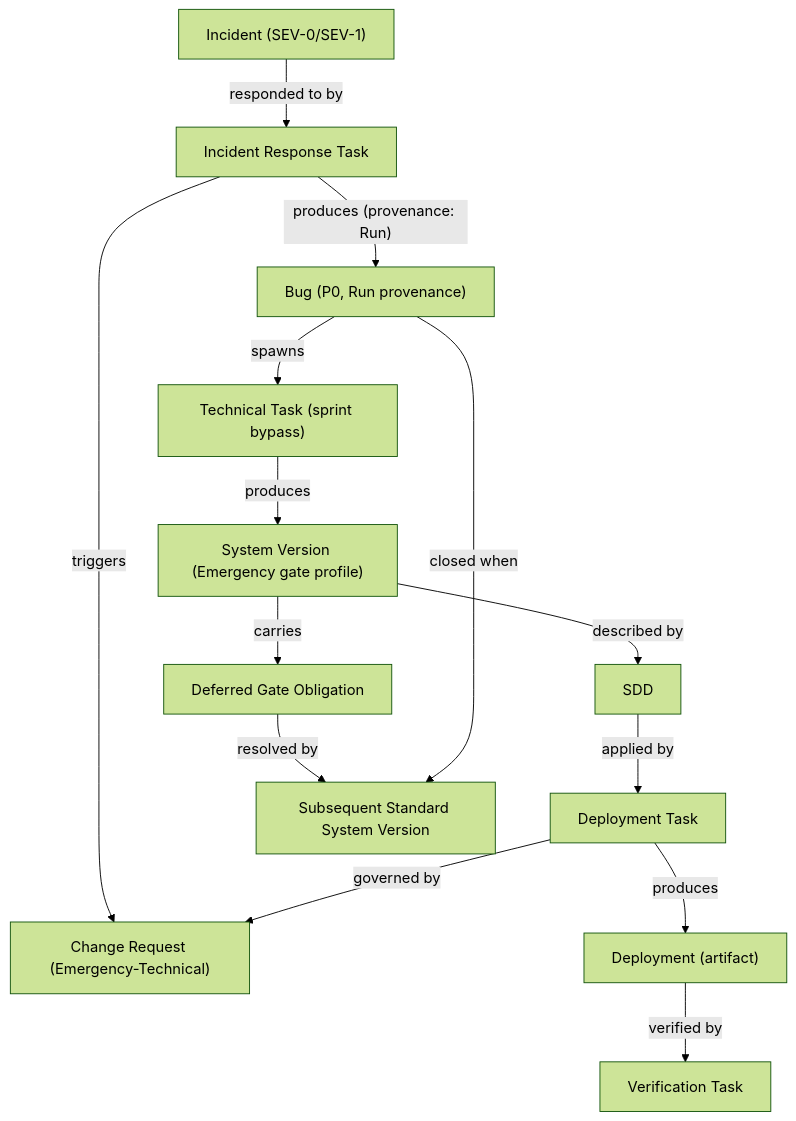
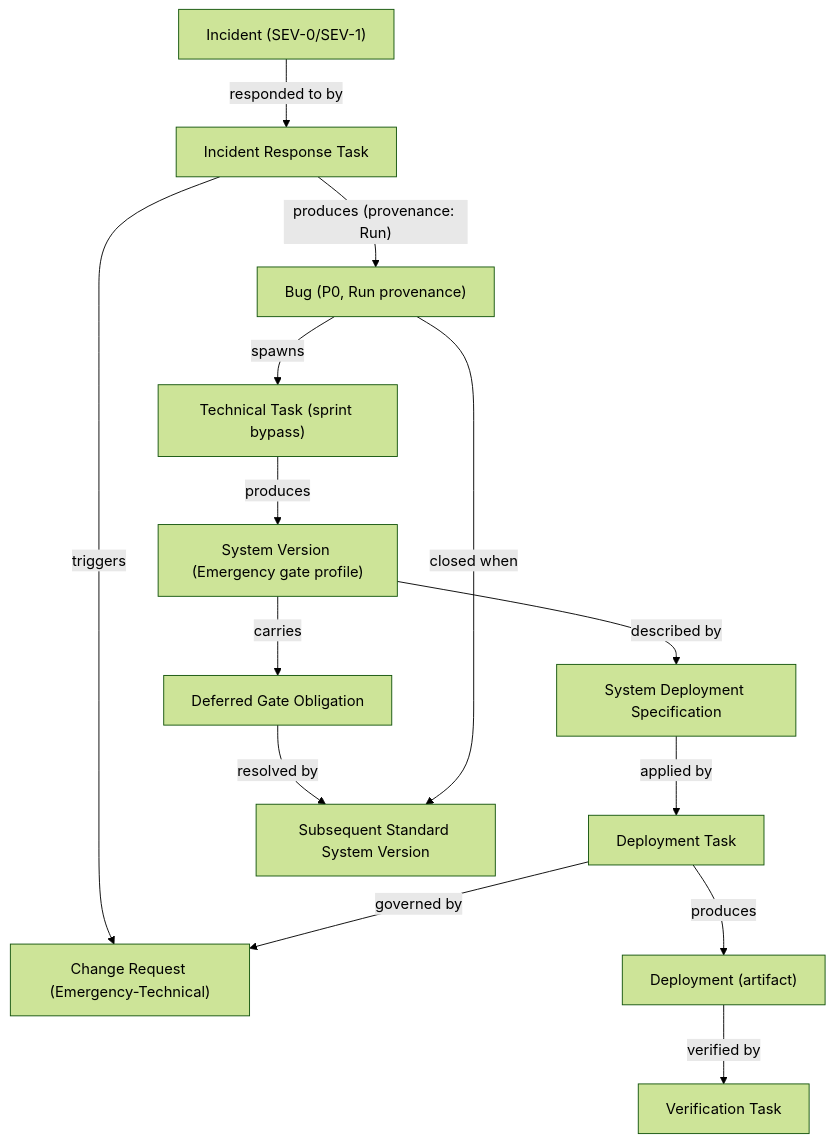
The fifth of 7 diagrams in foundry/product-information-model/draft-diagrams.md (gramki/temp-website), drawn with Mermaid (forest theme) before and after one commit. The commit also changed other lines of this file and 13 other files, not shown here.

````diff
--- a/foundry/product-information-model/draft-diagrams.md
+++ b/foundry/product-information-model/draft-diagrams.md
@@ -201,29 +201,29 @@
 ```mermaid
 flowchart TD
     INC["Incident (SEV-0/SEV-1)"]
     IRT["Incident Response Task"]
     BUG["Bug (P0, Run provenance)"]
     TT["Technical Task (sprint bypass)"]
     SV["System Version (Emergency gate profile)"]
-    SDD_node["SDD"]
+    SDS_node["System Deployment Specification"]
     CR["Change Request (Emergency-Technical)"]
     DT["Deployment Task"]
     DEP["Deployment (artifact)"]
     VT["Verification Task"]
     DEFER["Deferred Gate Obligation"]
     STDSV["Subsequent Standard System Version"]
 
     INC -->|"responded to by"| IRT
     IRT -->|"produces (provenance: Run)"| BUG
     IRT -->|"triggers"| CR
     BUG -->|"spawns"| TT
     TT -->|"produces"| SV
-    SV -->|"described by"| SDD_node
-    SDD_node -->|"applied by"| DT
+    SV -->|"described by"| SDS_node
+    SDS_node -->|"applied by"| DT
     DT -->|"governed by"| CR
     DT -->|"produces"| DEP
     DEP -->|"verified by"| VT
     SV -->|"carries"| DEFER
     DEFER -->|"resolved by"| STDSV
     BUG -->|"closed when"| STDSV
 ```
````
